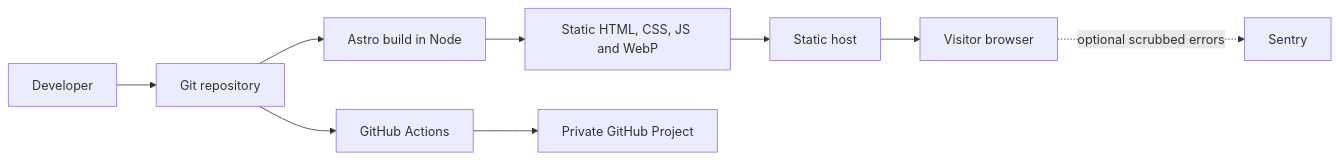
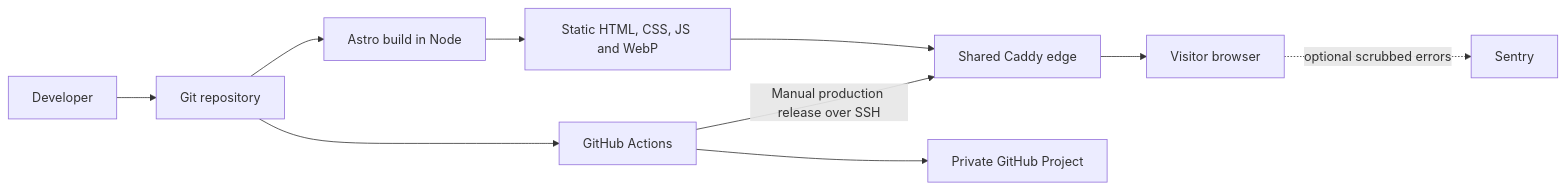
One commit to povedica/mi-cv changed the first of 4 diagrams in docs/ARCHITECTURE.md. Above: the diagram before and after it, drawn with Mermaid. The commit also changed other lines of this file and 6 other files, not shown here.

````diff
--- a/docs/ARCHITECTURE.md
+++ b/docs/ARCHITECTURE.md
@@ -7,11 +7,12 @@
 ```mermaid
 flowchart LR
   Developer --> Git[Git repository]
   Git --> Build[Astro build in Node]
   Build --> Files[Static HTML, CSS, JS and WebP]
-  Files --> Host[Static host]
+  Files --> Host[Shared Caddy edge]
   Host --> Browser[Visitor browser]
   Browser -. optional scrubbed errors .-> Sentry
   Git --> CI[GitHub Actions]
+  CI -->|Manual production release over SSH| Host
   CI --> Projects[Private GitHub Project]
 ```
````
